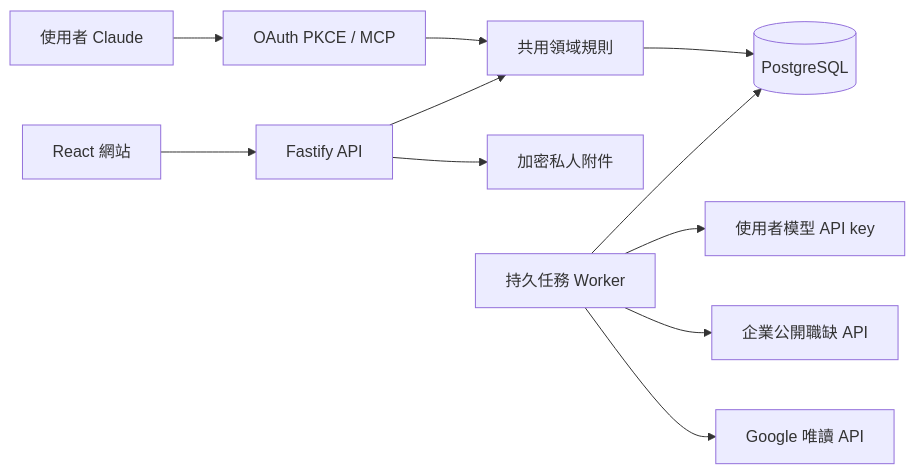
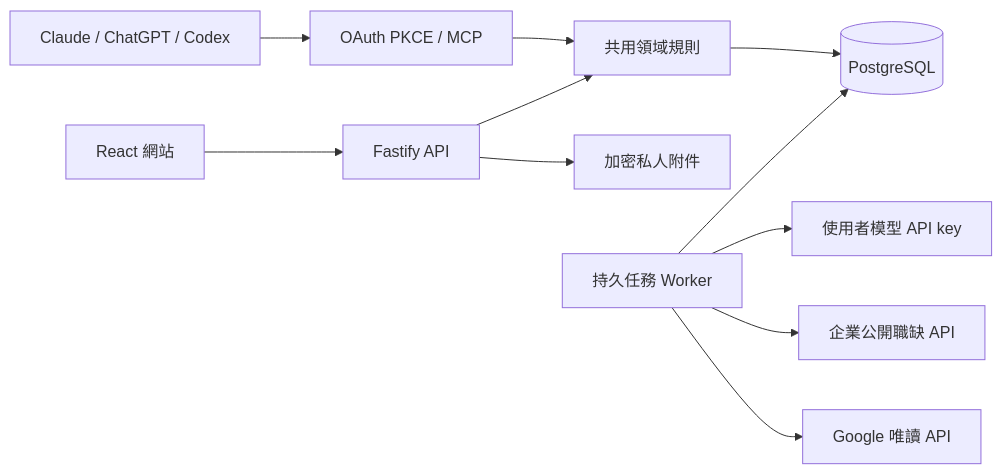
One commit to chen3082/careerOS changed the diagram in README.md. Above: the diagram before and after it, drawn with Mermaid. The commit also changed other lines of this file and 20 other files, not shown here.

````diff
--- a/README.md
+++ b/README.md
@@ -26,13 +26,13 @@
 ```mermaid
 flowchart LR
   Browser[React 網站] --> API[Fastify API]
-  Claude[使用者 Claude] --> OAuth[OAuth PKCE / MCP]
+  AI[Claude / ChatGPT / Codex] --> OAuth[OAuth PKCE / MCP]
   OAuth --> Domain[共用領域規則]
   API --> Domain
   Domain --> DB[(PostgreSQL)]
   API --> Files[加密私人附件]
   Worker[持久任務 Worker] --> DB
   Worker --> BYOK[使用者模型 API key]
   Worker --> Jobs[企業公開職缺 API]
   Worker --> Google[Google 唯讀 API]
 ```
````
